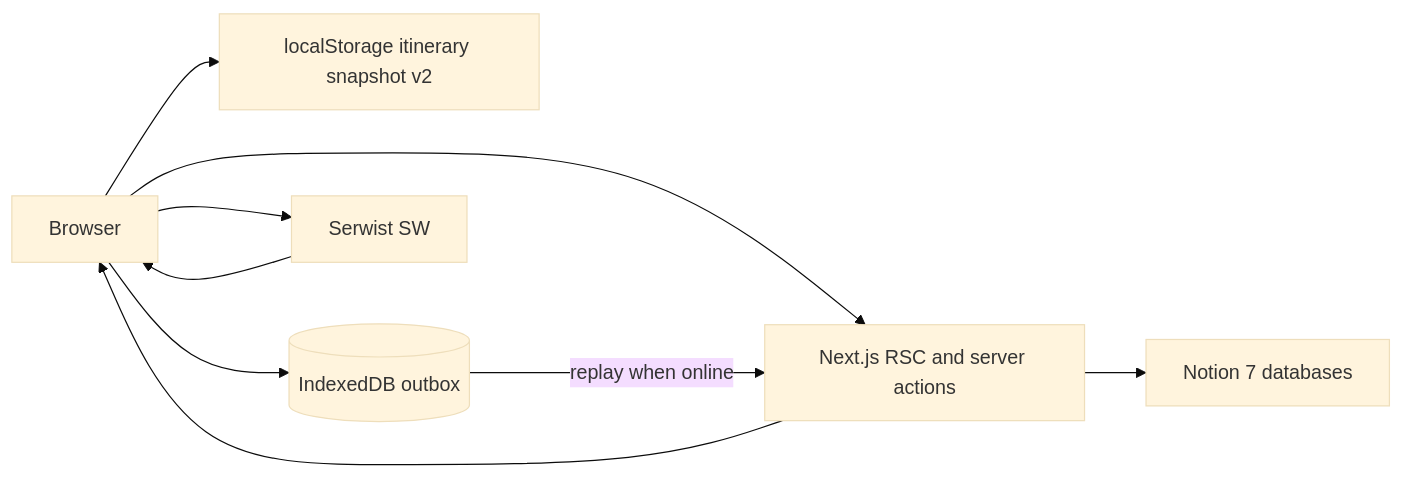
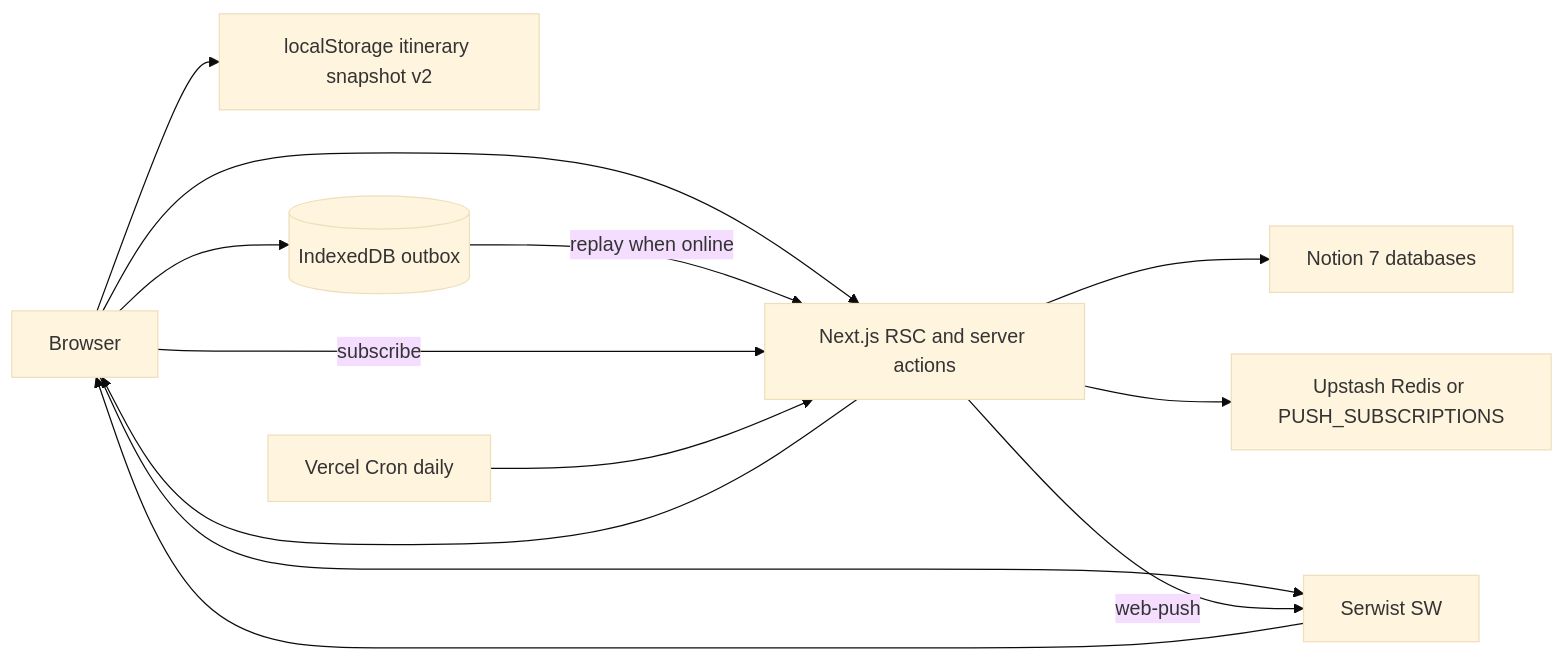
The diagram in docs/architecture.md (noowxela/japan-trip), drawn with Mermaid (base theme) before and after one commit. The commit also changed other lines of this file and 48 other files, not shown here.

Commit message:
feat: schedule swipe actions, haptics + micro-animations, push trip reminders (Upstash + Vercel Cron), Japanese phrase cards

````diff
--- a/docs/architecture.md
+++ b/docs/architecture.md
@@ -29,17 +29,23 @@
 ```mermaid
 flowchart LR
   browser[Browser]
   next[Next.js RSC and server actions]
   notion[Notion 7 databases]
   cache[localStorage itinerary snapshot v2]
   outbox[(IndexedDB outbox)]
   sw[Serwist SW]
+  pushStore[Upstash Redis or PUSH_SUBSCRIPTIONS]
+  cron[Vercel Cron daily]
   browser --> next
   next --> notion
   next --> browser
   browser --> cache
   browser --> outbox
   outbox -->|replay when online| next
   browser --> sw
   sw --> browser
+  browser -->|subscribe| next
+  next --> pushStore
+  cron --> next
+  next -->|web-push| sw
 ```
````
